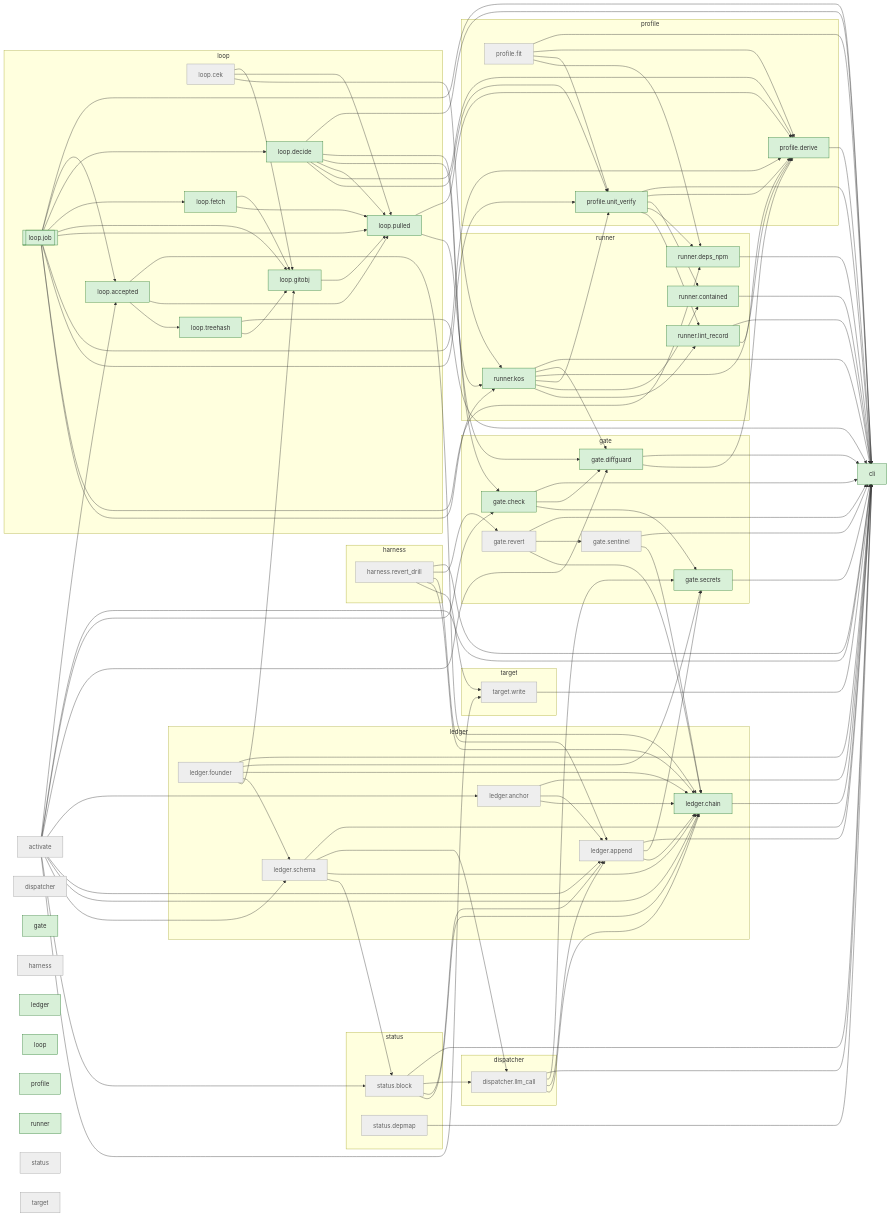
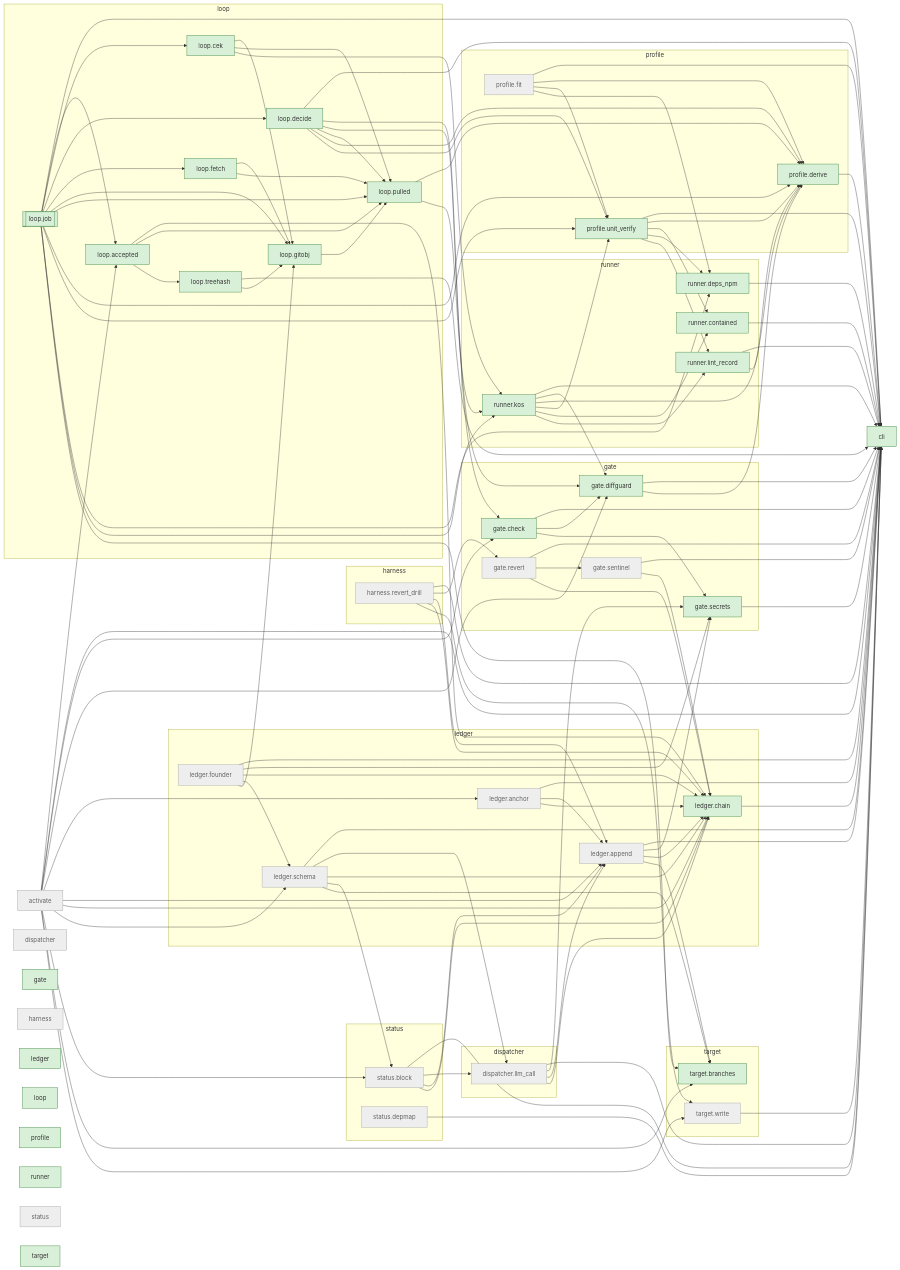
Before and after one commit to Okan-wqm/snowball-rehearsal-brain: the diagram in docs/map/brain.md, drawn with Mermaid. The commit also changed other lines of this file and 19 other files, not shown here.

````diff
--- a/docs/map/brain.md
+++ b/docs/map/brain.md
@@ -69,7 +69,8 @@
     n38["status.depmap"]
   end
   subgraph g_target["target"]
-    n40["target.write"]
+    n40["target.branches"]
+    n41["target.write"]
   end
   n0 --> n1
   n0 --> n5
@@ -81,6 +82,7 @@
   n0 --> n19
   n0 --> n37
   n0 --> n40
+  n0 --> n41
   n3 --> n1
   n3 --> n8
   n3 --> n14
@@ -100,13 +102,14 @@
   n11 --> n7
   n11 --> n14
   n11 --> n15
-  n11 --> n40
+  n11 --> n41
   n13 --> n1
   n13 --> n14
   n13 --> n15
   n14 --> n1
   n14 --> n8
   n14 --> n15
+  n14 --> n40
   n15 --> n1
   n16 --> n1
   n16 --> n8
@@ -117,6 +120,7 @@
   n17 --> n3
   n17 --> n15
   n17 --> n37
+  n17 --> n40
   n19 --> n15
   n19 --> n25
   n19 --> n26
@@ -134,6 +138,7 @@
   n23 --> n25
   n24 --> n1
   n24 --> n19
+  n24 --> n20
   n24 --> n21
   n24 --> n22
   n24 --> n23
@@ -142,6 +147,7 @@
   n24 --> n30
   n24 --> n33
   n24 --> n34
+  n24 --> n40
   n25 --> n28
   n25 --> n34
   n26 --> n1
@@ -171,9 +177,9 @@
   n37 --> n14
   n37 --> n15
   n38 --> n1
-  n40 --> n1
+  n41 --> n1
   classDef live fill:#d8f0d8,stroke:#2e7d32
   classDef off fill:#eeeeee,stroke:#9e9e9e,color:#616161
-  class n1,n4,n5,n6,n8,n12,n15,n18,n19,n21,n22,n23,n24,n25,n26,n27,n28,n30,n31,n32,n33,n34,n35 live
-  class n0,n2,n3,n7,n9,n10,n11,n13,n14,n16,n17,n20,n29,n36,n37,n38,n39,n40 off
+  class n1,n4,n5,n6,n8,n12,n15,n18,n19,n20,n21,n22,n23,n24,n25,n26,n27,n28,n30,n31,n32,n33,n34,n35,n39,n40 live
+  class n0,n2,n3,n7,n9,n10,n11,n13,n14,n16,n17,n29,n36,n37,n38,n41 off
 ```
````
